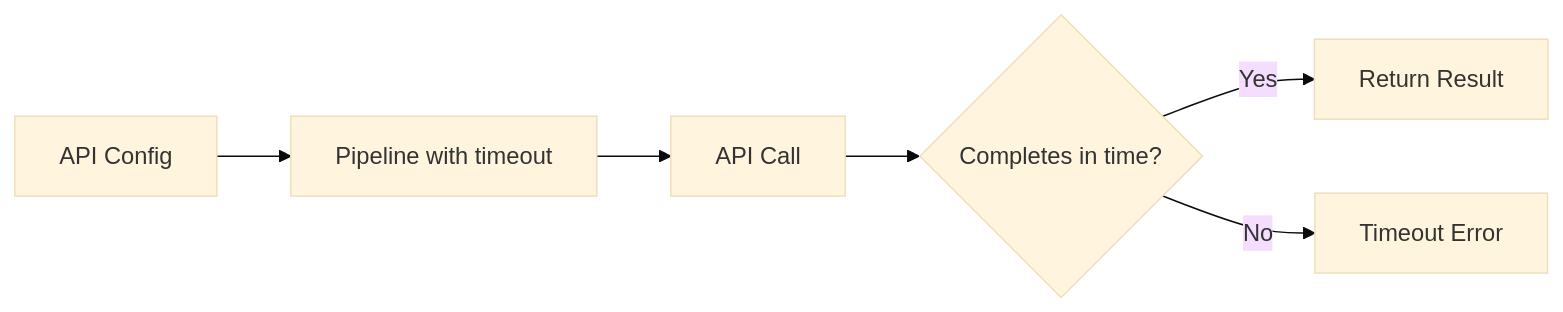
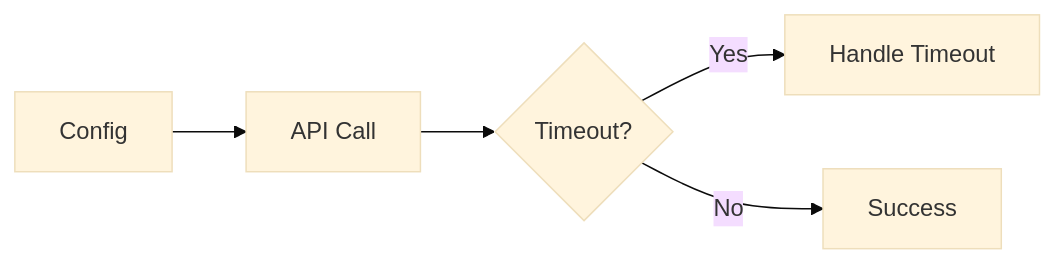
One commit to wisrovi/wpipe changed the first of 5 diagrams in examples/api_pipeline/06_api_with_timeout/README.md. Above: the diagram before and after it, drawn with Mermaid (base theme). The commit also changed other lines of this file and 20 other files, not shown here.

First line of the commit message:
Simplify Mermaid diagrams for better rendering

````diff
--- a/examples/api_pipeline/06_api_with_timeout/README.md
+++ b/examples/api_pipeline/06_api_with_timeout/README.md
@@ -14,8 +14,7 @@
 ```mermaid
 graph LR
-    A[API Config] --> B[Pipeline with timeout]
-    B --> C[API Call]
-    C --> D{Completes in time?}
-    D -->|Yes| E[Return Result]
-    D -->|No| F[Timeout Error]
+    A[Config] --> B[API Call]
+    B --> C{Timeout?}
+    C -->|Yes| D[Handle Timeout]
+    C -->|No| E[Success]
 ```
````
